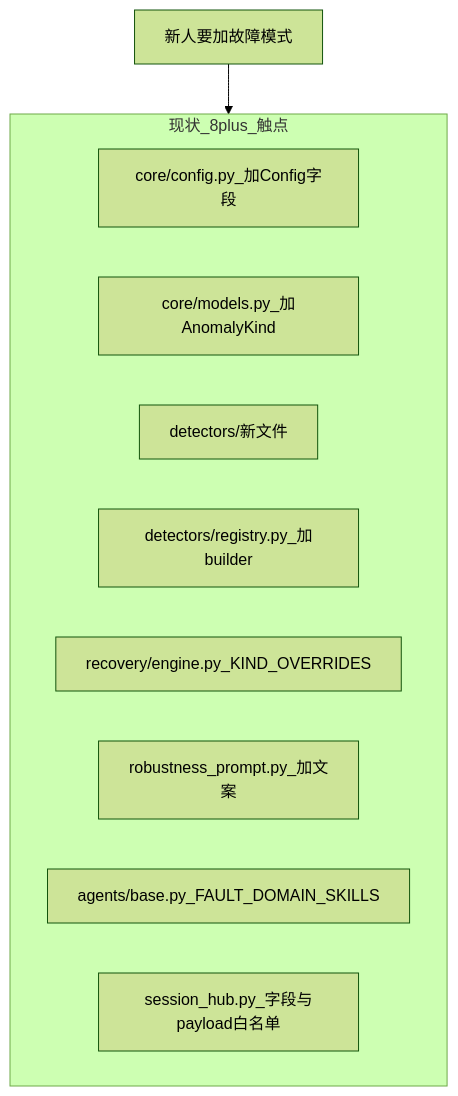
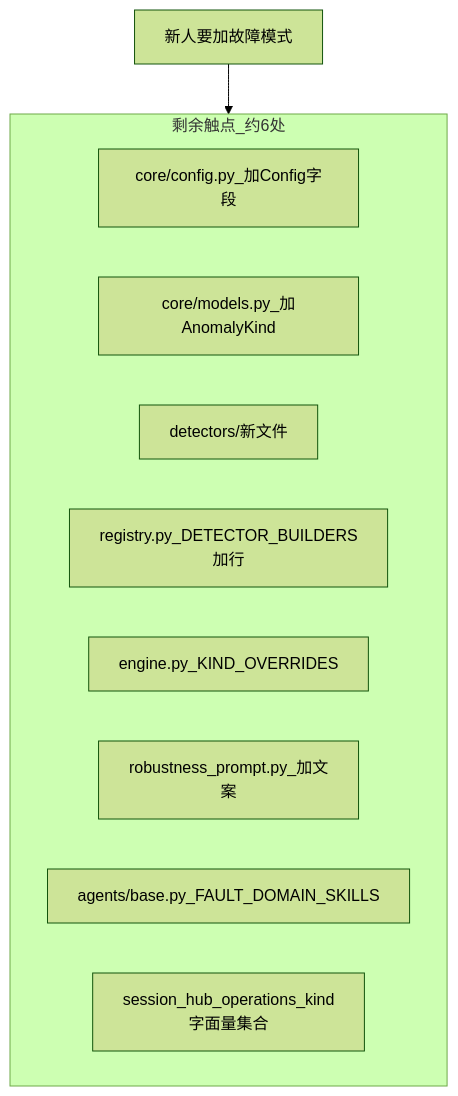
Before and after one commit to openeuler-mirror/agent-insight: the first of 12 diagrams in docs/agent-ras/designs/features/fault-domain-plugins.md, drawn with Mermaid (forest theme). The commit also changed other lines of this file and 1 other file, not shown here.

First line of the commit message:
docs(ras): 同步 fault-domain 插件化文档与 detectors 注册现状

````diff
--- a/docs/agent-ras/designs/features/fault-domain-plugins.md
+++ b/docs/agent-ras/designs/features/fault-domain-plugins.md
@@ -25,14 +38,14 @@
 ```mermaid
 flowchart TB
-  subgraph today [现状_8plus_触点]
+  subgraph remain [剩余触点_约6处]
     C[core/config.py_加Config字段]
     K[core/models.py_加AnomalyKind]
     Det[detectors/新文件]
-    Reg[detectors/registry.py_加builder]
-    Eng[recovery/engine.py_KIND_OVERRIDES]
+    Reg[registry.py_DETECTOR_BUILDERS加行]
+    Eng[engine.py_KIND_OVERRIDES]
     Msg[robustness_prompt.py_加文案]
     Sk[agents/base.py_FAULT_DOMAIN_SKILLS]
-    Hub[session_hub.py_字段与payload白名单]
+    Anc[session_hub_operations_kind字面量集合]
   end
-  New[新人要加故障模式] --> today
+  New[新人要加故障模式] --> remain
 ```
````
